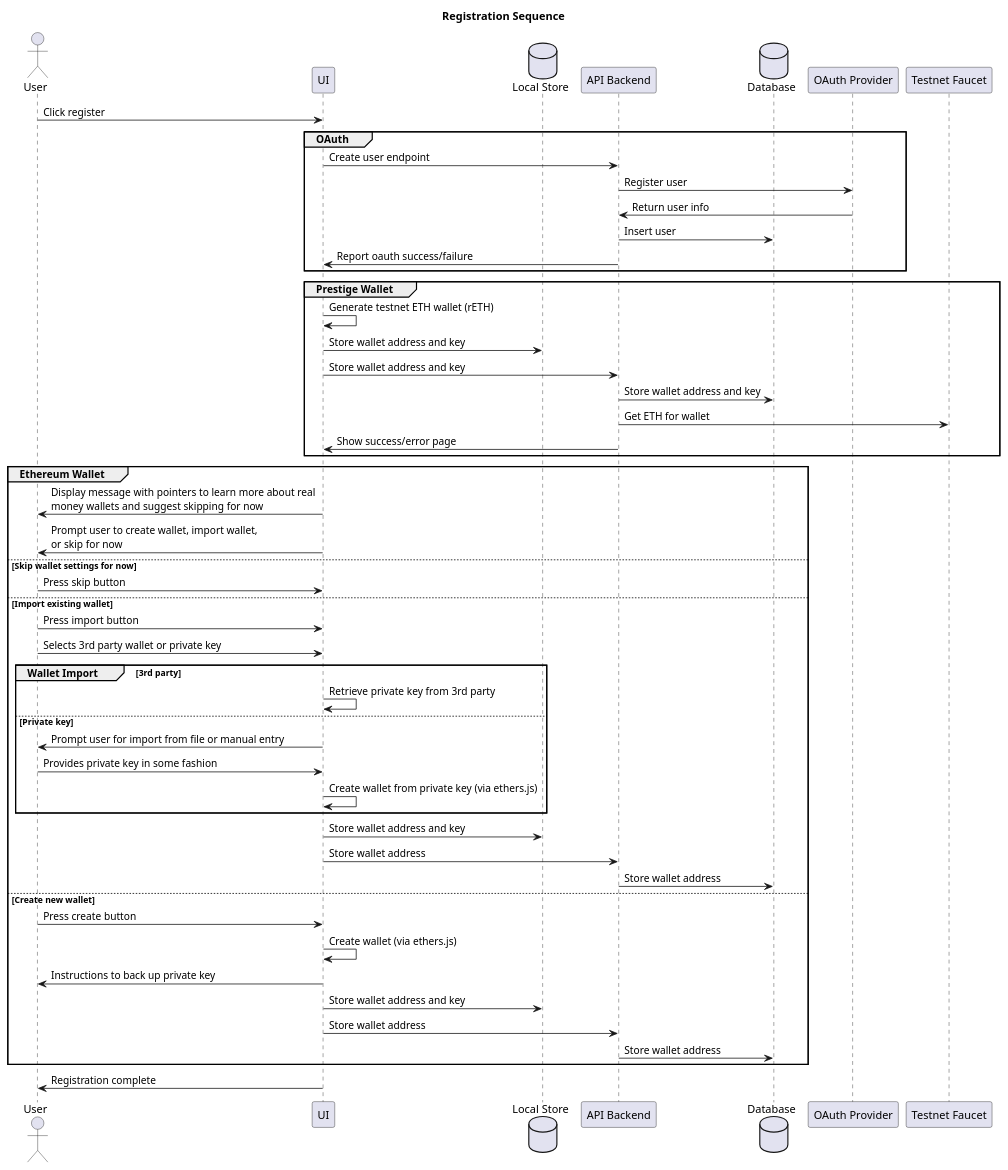
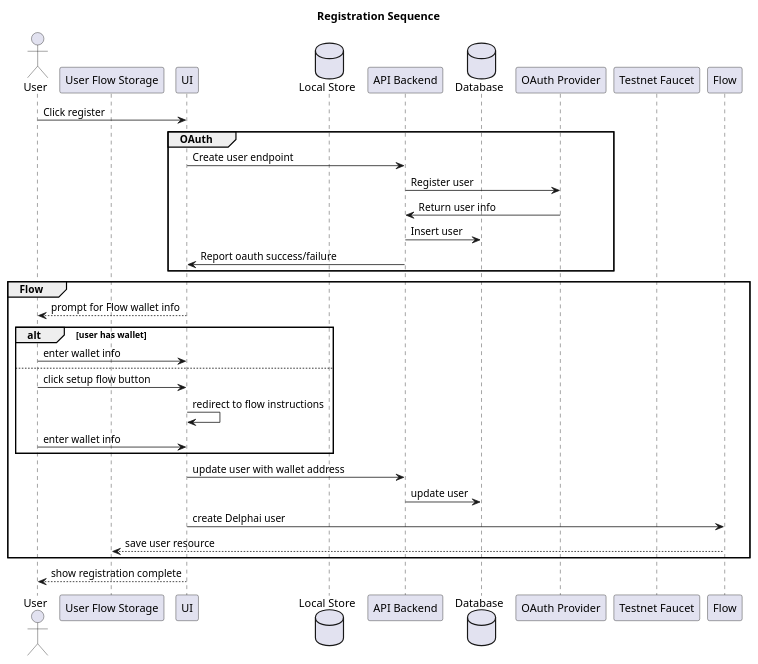
One commit to adhurjaty/prediction-app changed the diagram in docs/Diagrams/src/UserStories/registration.puml. Above: the diagram before and after it, drawn with PlantUML. The commit also changed 1 other file, not shown here.

Commit message:
updates registration sequence with flow

```diff
--- a/docs/Diagrams/src/UserStories/registration.puml
+++ b/docs/Diagrams/src/UserStories/registration.puml
@@ -1,64 +1,43 @@
 @startuml Registration Sequence
 
 title Registration Sequence
 
 actor User as user
+participant "User Flow Storage" as storage
 participant UI as ui
 database "Local Store" as localstore
 participant "API Backend" as api
 database Database as db
 participant "OAuth Provider" as oauth
 participant "Testnet Faucet" as faucet
+participant Flow as flow
 
 user -> ui : Click register 
 
 group OAuth
     ui -> api : Create user endpoint
     api -> oauth : Register user
     oauth -> api : Return user info
     api -> db : Insert user
     api -> ui : Report oauth success/failure
 end
 
-group Prestige Wallet
-    ui -> ui : Generate testnet ETH wallet (rETH)
-    ui -> localstore : Store wallet address and key
-    ui -> api : Store wallet address and key
-    api -> db : Store wallet address and key
-    api -> faucet : Get ETH for wallet
-    api -> ui : Show success/error page
+group Flow
+    ui --> user : prompt for Flow wallet info
+    alt user has wallet
+        user -> ui : enter wallet info
+    else
+        user -> ui : click setup flow button
+        ui -> ui : redirect to flow instructions
+        user -> ui : enter wallet info
+    end
+
+    ui -> api : update user with wallet address
+    api -> db : update user
+    ui -> flow : create Delphai user
+    flow --> storage : save user resource
 end
 
-group Ethereum Wallet
-    ui -> user : Display message with pointers to learn more about real \nmoney wallets and suggest skipping for now
-    ui -> user : Prompt user to create wallet, import wallet, \nor skip for now
-else Skip wallet settings for now
-    user -> ui : Press skip button
-else Import existing wallet
-    user -> ui : Press import button
-    user -> ui : Selects 3rd party wallet or private key
-
-    group Wallet Import [3rd party]
-        ui -> ui : Retrieve private key from 3rd party
-    else Private key
-        ui -> user : Prompt user for import from file or manual entry 
-        user -> ui : Provides private key in some fashion
-        ui -> ui : Create wallet from private key (via ethers.js)
-    end
-
-    ui -> localstore : Store wallet address and key
-
-    ui -> api : Store wallet address 
-    api -> db : Store wallet address 
-else Create new wallet
-    user -> ui : Press create button
-    ui -> ui : Create wallet (via ethers.js)
-    ui -> user : Instructions to back up private key
-    ui -> localstore : Store wallet address and key
-    ui -> api : Store wallet address 
-    api -> db : Store wallet address 
-end
-
-ui -> user : Registration complete
+ui --> user : show registration complete
 
 @enduml
```
